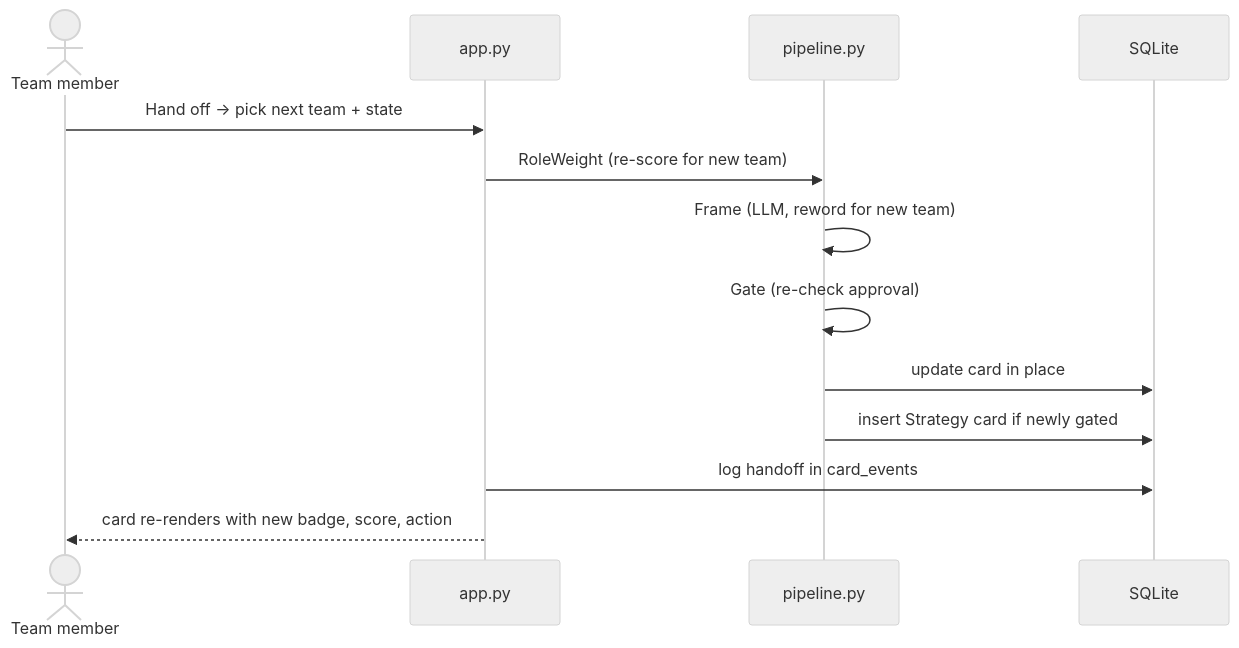
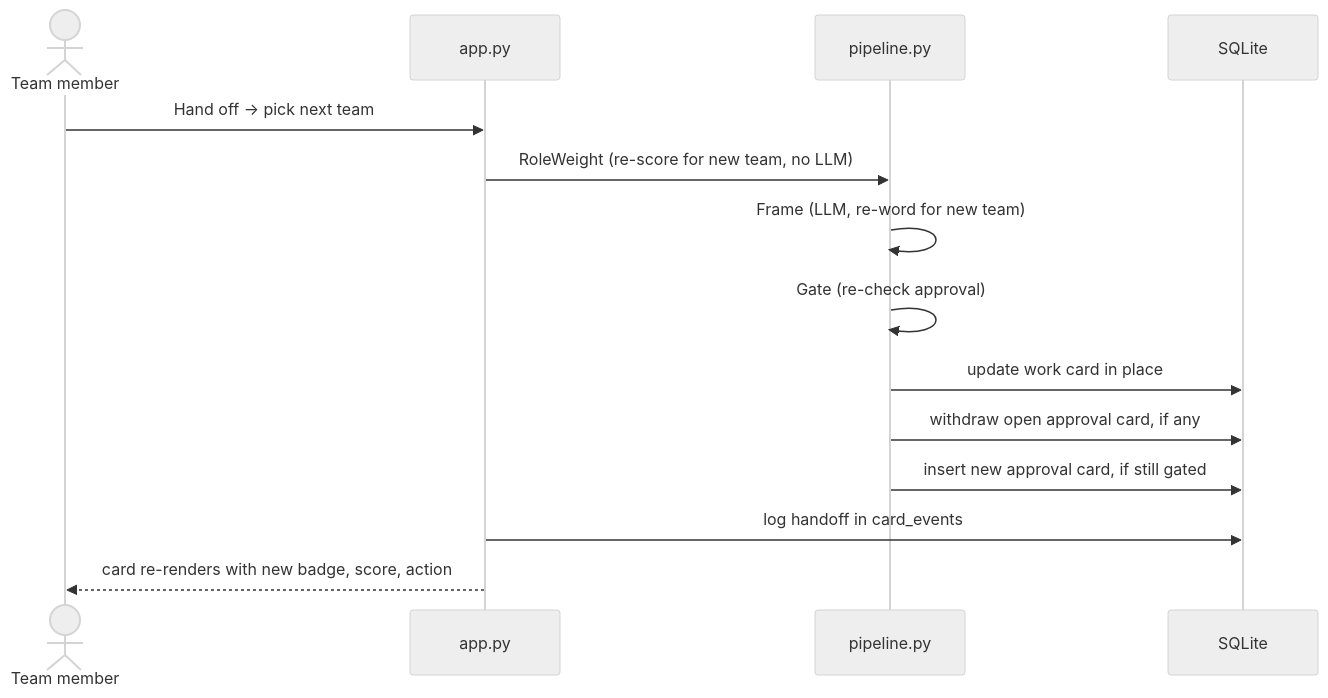
Before and after one commit to BhaveshMRA/crewasis-prototype: the fourth of 4 diagrams in README.md, drawn with Mermaid (neutral theme). The commit also changed other lines of this file, not shown here.

````diff
--- a/README.md
+++ b/README.md
@@ -241,15 +397,16 @@
 ```mermaid
 sequenceDiagram
     actor U as Team member
     participant UI as app.py
     participant P as pipeline.py
     participant DB as SQLite
-    U->>UI: Hand off → pick next team + state
-    UI->>P: RoleWeight (re-score for new team)
-    P->>P: Frame (LLM, reword for new team)
+    U->>UI: Hand off → pick next team
+    UI->>P: RoleWeight (re-score for new team, no LLM)
+    P->>P: Frame (LLM, re-word for new team)
     P->>P: Gate (re-check approval)
-    P->>DB: update card in place
-    P->>DB: insert Strategy card if newly gated
+    P->>DB: update work card in place
+    P->>DB: withdraw open approval card, if any
+    P->>DB: insert new approval card, if still gated
     UI->>DB: log handoff in card_events
     UI-->>U: card re-renders with new badge, score, action
 ```
````
